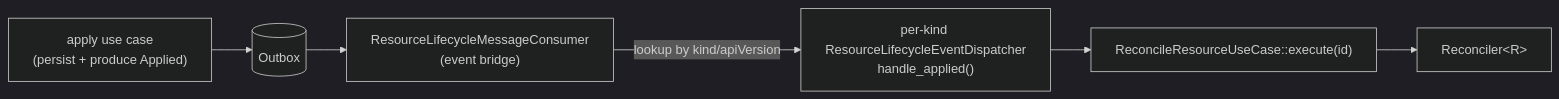
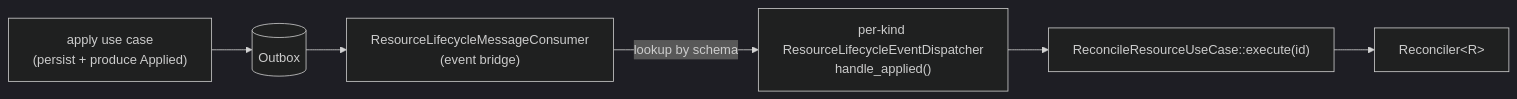
One commit to kamu-data/kamu-cli changed the sixth of 7 diagrams in docs/internal/resources-framework.md. Above: the diagram before and after it, drawn with Mermaid (dark theme). The commit also changed other lines of this file and 204 other files, not shown here.

Commit message:
`apiVersion` + `kind` => `$schema`

````diff
--- a/docs/internal/resources-framework.md
+++ b/docs/internal/resources-framework.md
@@ -854,8 +856,8 @@
 ```mermaid
 flowchart LR
     A["apply use case<br/>(persist + produce Applied)"] --> OB[("Outbox")]
     OB --> C["ResourceLifecycleMessageConsumer<br/>(event bridge)"]
-    C -->|lookup by kind/apiVersion| D["per-kind ResourceLifecycleEventDispatcher<br/>handle_applied()"]
+    C -->|lookup by schema| D["per-kind ResourceLifecycleEventDispatcher<br/>handle_applied()"]
     D --> R["ReconcileResourceUseCase::execute(id)"]
     R --> Rec["Reconciler&lt;R&gt;"]
 ```
````
